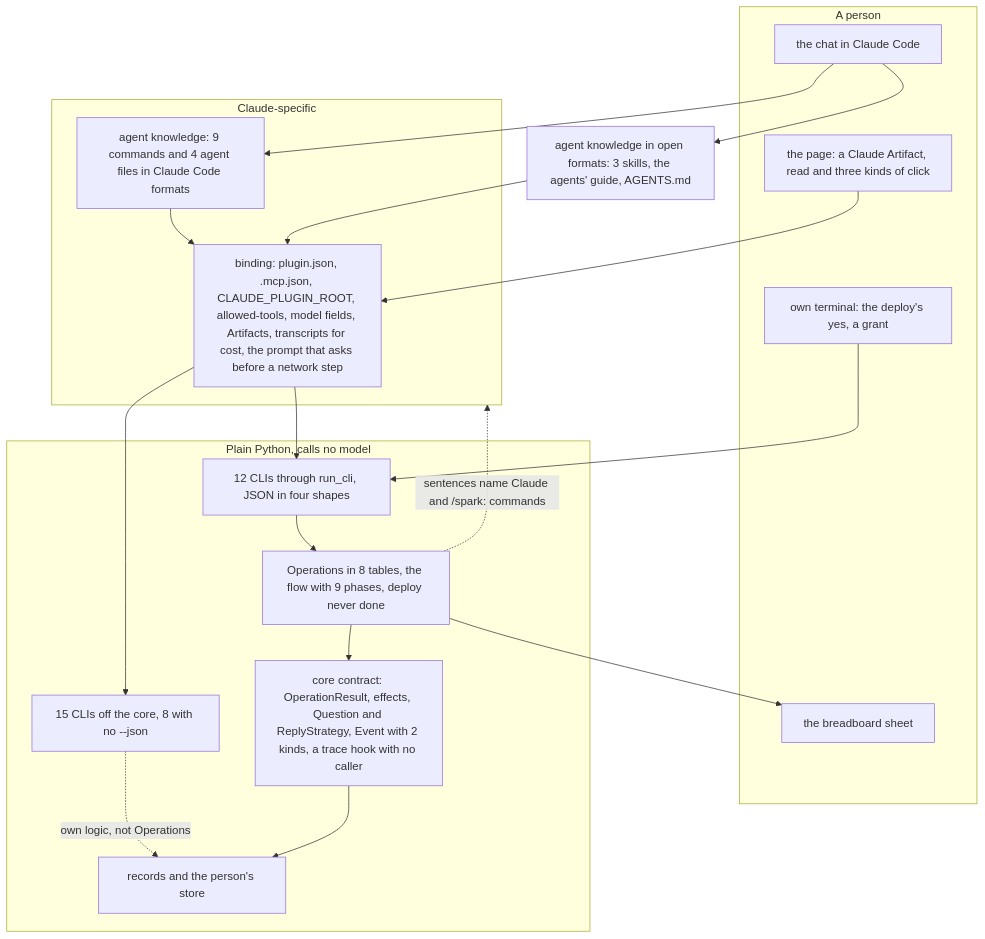
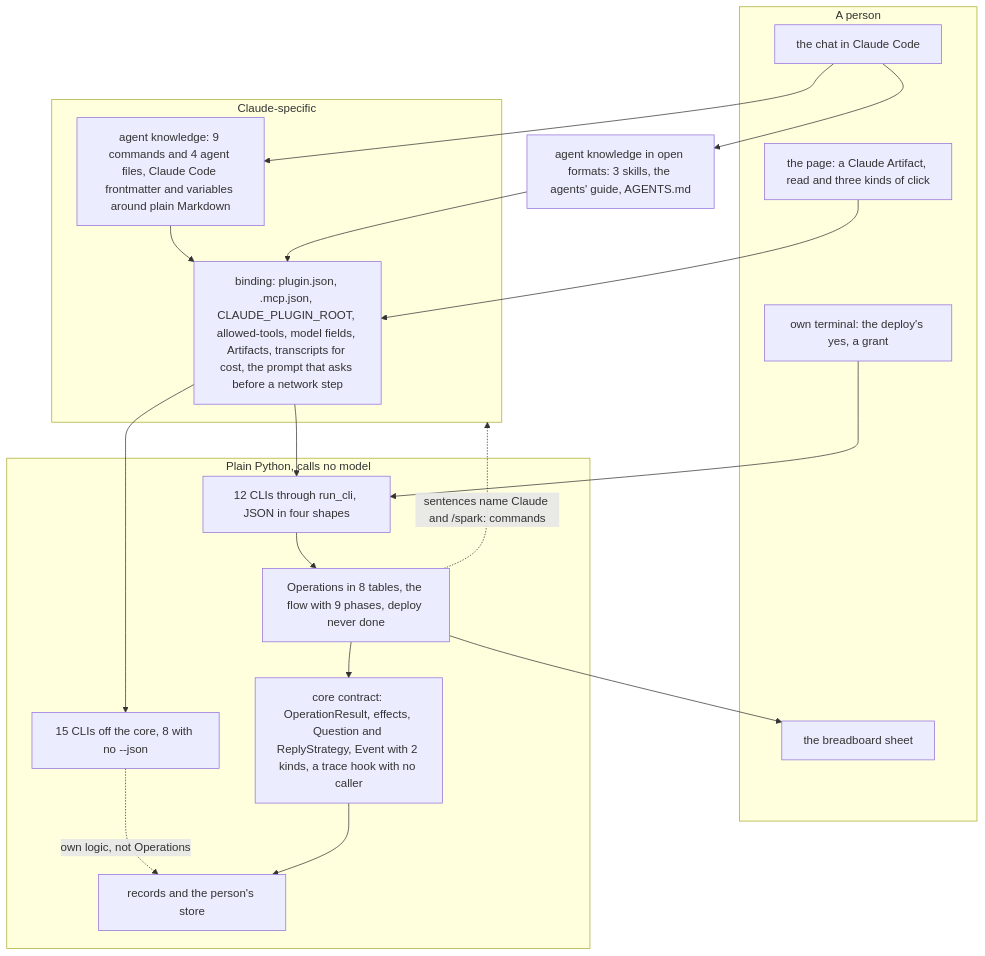
One commit to xmejkal/spark changed the first of 3 diagrams in docs/discovery/2026-11-23-p1039-rd-direction/direction.md. Above: the diagram before and after it, drawn with Mermaid. The commit also changed 4 other files, not shown here.

````diff
--- a/docs/discovery/2026-11-23-p1039-rd-direction/direction.md
+++ b/docs/discovery/2026-11-23-p1039-rd-direction/direction.md
@@ -38,34 +38,34 @@
 ```mermaid
 flowchart TB
   subgraph person["A person"]
     chat["the chat in Claude Code"]
     page["the page: a Claude Artifact, read and three kinds of click"]
     term["own terminal: the deploy's yes, a grant"]
     sheet["the breadboard sheet"]
   end
   subgraph claude["Claude-specific"]
     bind["binding: plugin.json, .mcp.json, CLAUDE_PLUGIN_ROOT, allowed-tools, model fields, Artifacts, transcripts for cost, the prompt that asks before a network step"]
-    know["agent knowledge: 9 commands and 4 agent files in Claude Code formats"]
+    know["agent knowledge: 9 commands and 4 agent files, Claude Code frontmatter and variables around plain Markdown"]
   end
   open["agent knowledge in open formats: 3 skills, the agents' guide, AGENTS.md"]
   subgraph neutral["Plain Python, calls no model"]
     cli12["12 CLIs through run_cli, JSON in four shapes"]
     cli15["15 CLIs off the core, 8 with no --json"]
     ops["Operations in 8 tables, the flow with 9 phases, deploy never done"]
     core["core contract: OperationResult, effects, Question and ReplyStrategy, Event with 2 kinds, a trace hook with no caller"]
     store["records and the person's store"]
   end
   chat --> know
   chat --> open
   know --> bind
   open --> bind
   bind --> cli12
   bind --> cli15
   page --> bind
   term --> cli12
   cli12 --> ops
   cli15 -. "own logic, not Operations" .-> store
   ops --> core --> store
   ops --> sheet
   ops -. "sentences name Claude and /spark: commands" .-> claude
 ```
````
